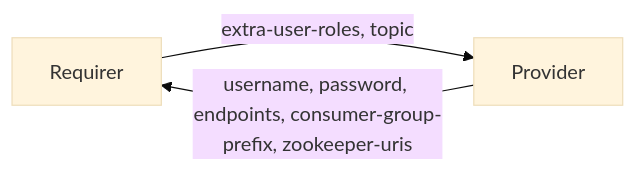
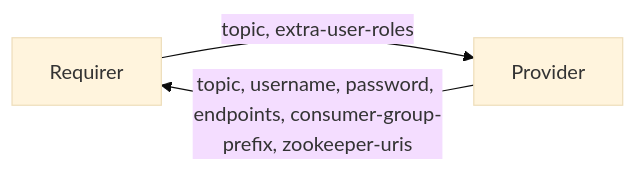
One commit to canonical/charm-relation-interfaces changed the diagram in interfaces/kafka_client/v0/README.md. Above: the diagram before and after it, drawn with Mermaid (base theme). The commit also changed other lines of this file and 7 other files, not shown here.

````diff
--- a/interfaces/kafka_client/v0/README.md
+++ b/interfaces/kafka_client/v0/README.md
@@ -13,5 +13,5 @@
 ```mermaid
 flowchart LR
-    Requirer -- extra-user-roles, topic --> Provider
-    Provider -- username, password, endpoints, consumer-group-prefix, zookeeper-uris --> Requirer
+    Requirer -- topic, extra-user-roles --> Provider
+    Provider -- topic, username, password, endpoints, consumer-group-prefix, zookeeper-uris --> Requirer
 ```
````
